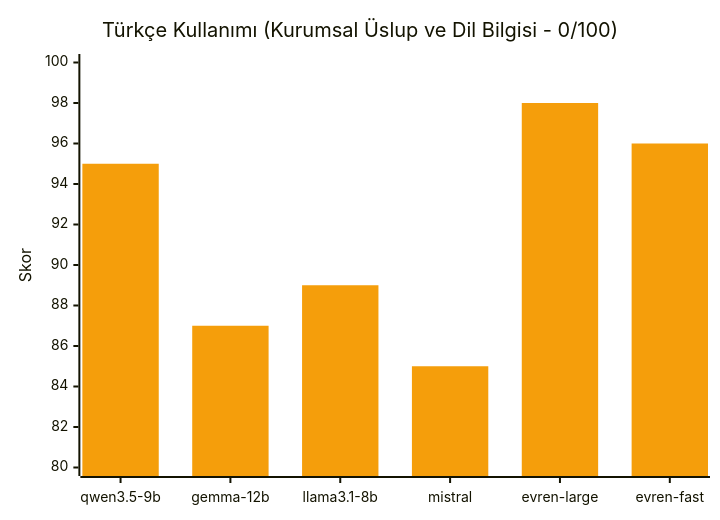
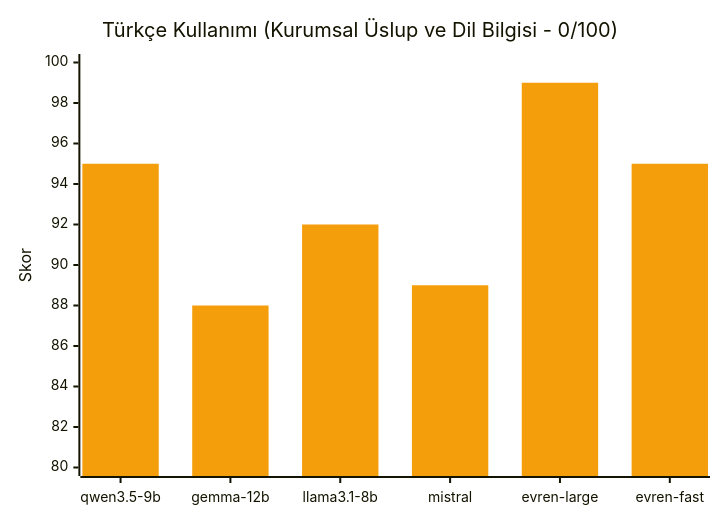
Before and after one commit to chyp3r/KACHOW-Teknofest-2026: diagram 13 of 16 in README.md, drawn with Mermaid. The commit also changed other lines of this file, not shown here.

````diff
--- a/README.md
+++ b/README.md
@@ -638,8 +628,8 @@
 ```mermaid
 %%{init: { 'theme': 'base', 'themeVariables': { 'xyChart': {'plotColorPalette': '#f59e0b'} } } }%%
 xychart-beta
     title "Türkçe Kullanımı (Kurumsal Üslup ve Dil Bilgisi - 0/100)"
     x-axis ["qwen3.5-9b", "gemma-12b", "llama3.1-8b", "mistral", "evren-large", "evren-fast"]
     y-axis "Skor" 80 --> 100
-    bar [95, 87, 89, 85, 98, 96]
+    bar [95, 88, 92, 89, 99, 95]
 ```
````
